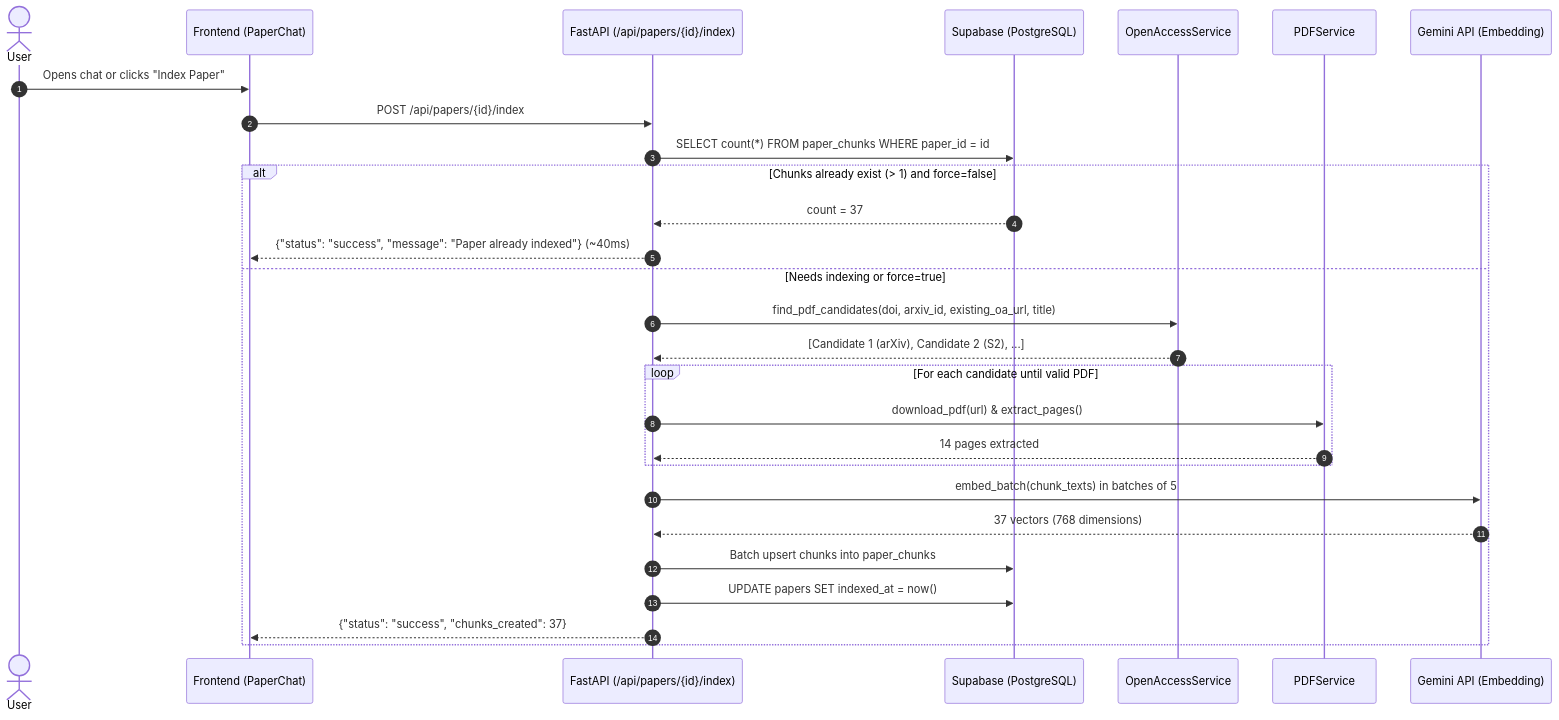
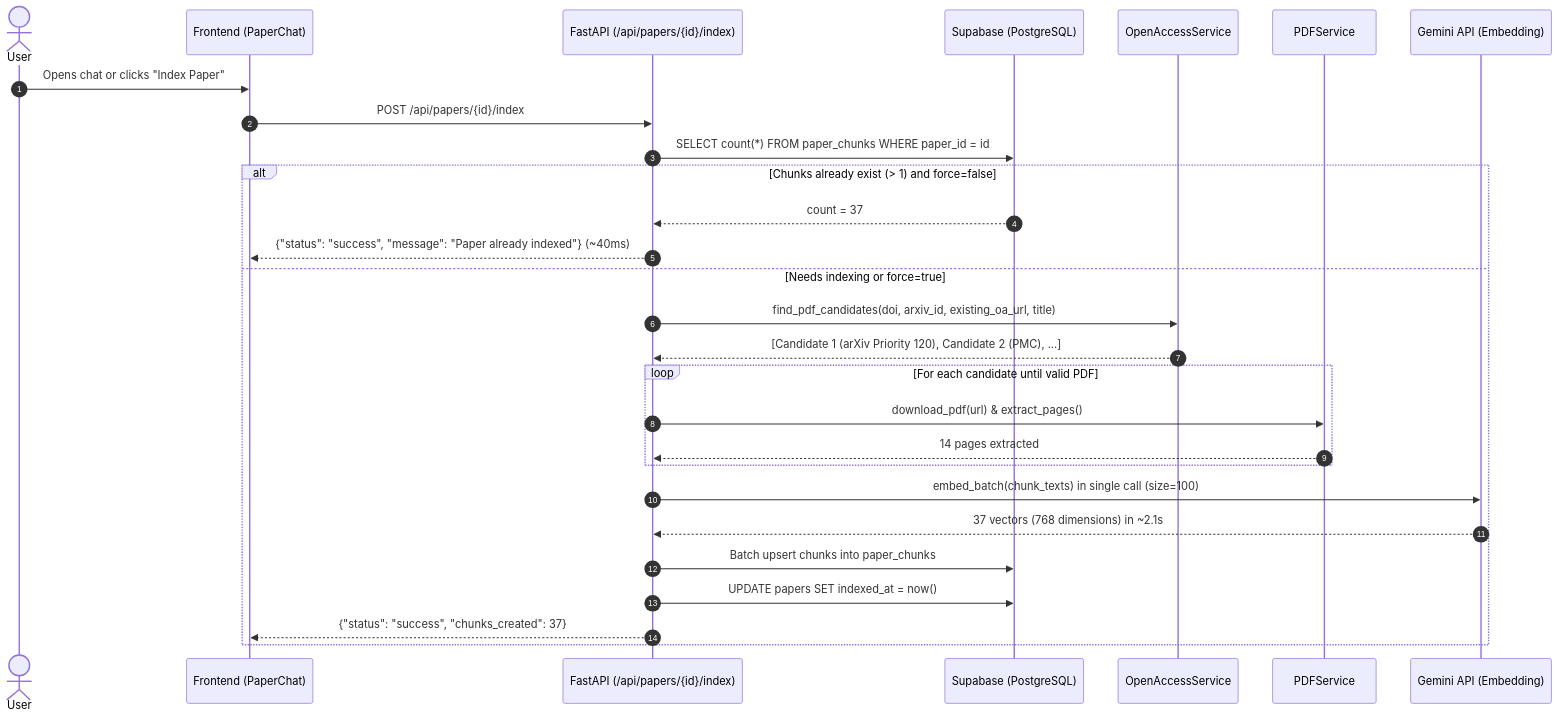
Before and after one commit to atharva481/RESIN: the first of 2 diagrams in PROJECT_DETAILS_AND_RAG.md, drawn with Mermaid. The commit also changed other lines of this file and 24 other files, not shown here.

````diff
--- a/PROJECT_DETAILS_AND_RAG.md
+++ b/PROJECT_DETAILS_AND_RAG.md
@@ -402,31 +413,31 @@
 ```mermaid
 sequenceDiagram
     autonumber
     actor User
     participant FE as Frontend (PaperChat)
     participant API as FastAPI (/api/papers/{id}/index)
     participant DB as Supabase (PostgreSQL)
     participant OA as OpenAccessService
     participant PDF as PDFService
     participant GEM as Gemini API (Embedding)
 
     User->>FE: Opens chat or clicks "Index Paper"
     FE->>API: POST /api/papers/{id}/index
     API->>DB: SELECT count(*) FROM paper_chunks WHERE paper_id = id
     alt Chunks already exist (> 1) and force=false
         DB-->>API: count = 37
         API-->>FE: {"status": "success", "message": "Paper already indexed"} (~40ms)
     else Needs indexing or force=true
         API->>OA: find_pdf_candidates(doi, arxiv_id, existing_oa_url, title)
-        OA-->>API: [Candidate 1 (arXiv), Candidate 2 (S2), ...]
+        OA-->>API: [Candidate 1 (arXiv Priority 120), Candidate 2 (PMC), ...]
         loop For each candidate until valid PDF
             API->>PDF: download_pdf(url) & extract_pages()
             PDF-->>API: 14 pages extracted
         end
-        API->>GEM: embed_batch(chunk_texts) in batches of 5
-        GEM-->>API: 37 vectors (768 dimensions)
+        API->>GEM: embed_batch(chunk_texts) in single call (size=100)
+        GEM-->>API: 37 vectors (768 dimensions) in ~2.1s
         API->>DB: Batch upsert chunks into paper_chunks
         API->>DB: UPDATE papers SET indexed_at = now()
         API-->>FE: {"status": "success", "chunks_created": 37}
     end
 ```
````
